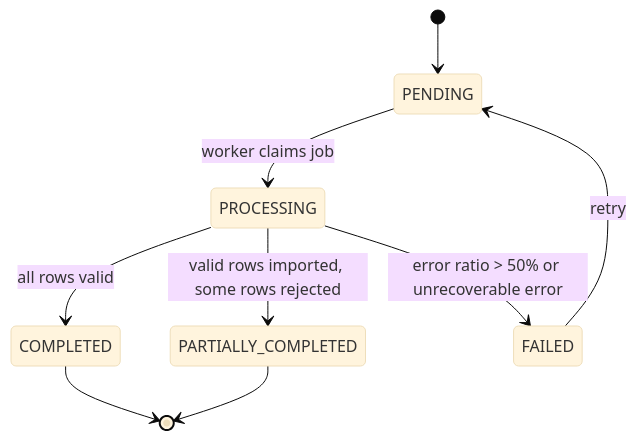
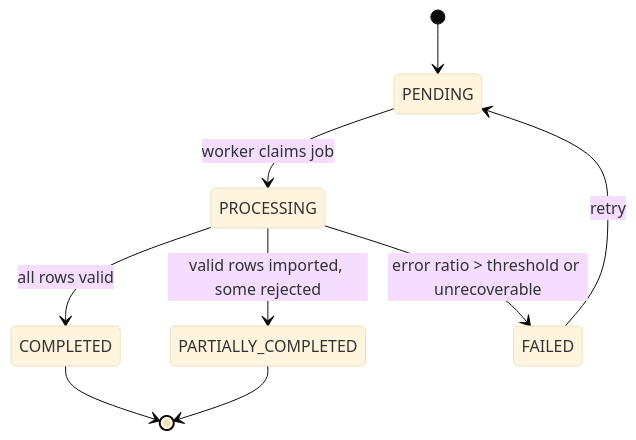
Before and after one commit to software-design-138gogo/tickefy-backend: the diagram in docs/contracts/services/csv-ingestion-service.md, drawn with Mermaid (base theme). The commit also changed other lines of this file, not shown here.

````diff
--- a/docs/contracts/services/csv-ingestion-service.md
+++ b/docs/contracts/services/csv-ingestion-service.md
@@ -125,11 +192,11 @@
 ```mermaid
 stateDiagram-v2
     [*] --> PENDING
     PENDING --> PROCESSING: worker claims job
     PROCESSING --> COMPLETED: all rows valid
-    PROCESSING --> PARTIALLY_COMPLETED: valid rows imported, some rows rejected
-    PROCESSING --> FAILED: error ratio > 50% or unrecoverable error
+    PROCESSING --> PARTIALLY_COMPLETED: valid rows imported, some rejected
+    PROCESSING --> FAILED: error ratio > threshold or unrecoverable
     FAILED --> PENDING: retry
     COMPLETED --> [*]
     PARTIALLY_COMPLETED --> [*]
 ```
````
